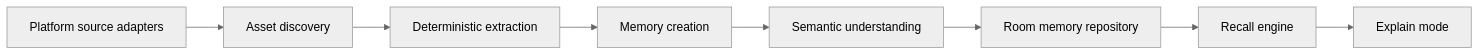
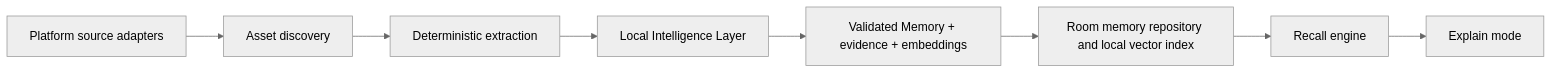
One commit to CzarPiratez/Memora changed the diagram in docs/ARCHITECTURE.md. Above: the diagram before and after it, drawn with Mermaid (neutral theme). The commit also changed other lines of this file and 14 other files, not shown here.

````diff
--- a/docs/ARCHITECTURE.md
+++ b/docs/ARCHITECTURE.md
@@ -8,10 +8,10 @@
 ```mermaid
 flowchart LR
     A[Platform source adapters] --> B[Asset discovery]
     B --> C[Deterministic extraction]
-    C --> D[Memory creation]
-    D --> E[Semantic understanding]
-    E --> F[Room memory repository]
+    C --> D[Local Intelligence Layer]
+    D --> E[Validated Memory + evidence + embeddings]
+    E --> F[Room memory repository and local vector index]
     F --> G[Recall engine]
     G --> H[Explain mode]
 ```
````
